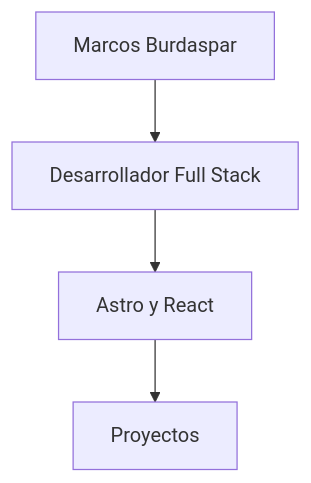
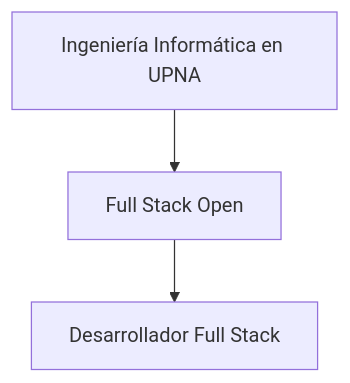
Before and after one commit to burdas/portfolio: the diagram in src/content/chatbot/context.md, drawn with Mermaid. The commit also changed other lines of this file and 1 other file, not shown here.

Commit message:
Ajustar diagrama

````diff
--- a/src/content/chatbot/context.md
+++ b/src/content/chatbot/context.md
@@ -103,11 +103,9 @@
     ```mermaid
     graph TD
-      A["Marcos Burdaspar"]
-      B["Desarrollador Full Stack"]
-      C["Astro y React"]
-      D["Proyectos"]
+      A["Ingeniería Informática en UPNA"]
+      B["Full Stack Open"]
+      C["Desarrollador Full Stack"]
       
       A --> B
       B --> C
-      C --> D
     ```
````
